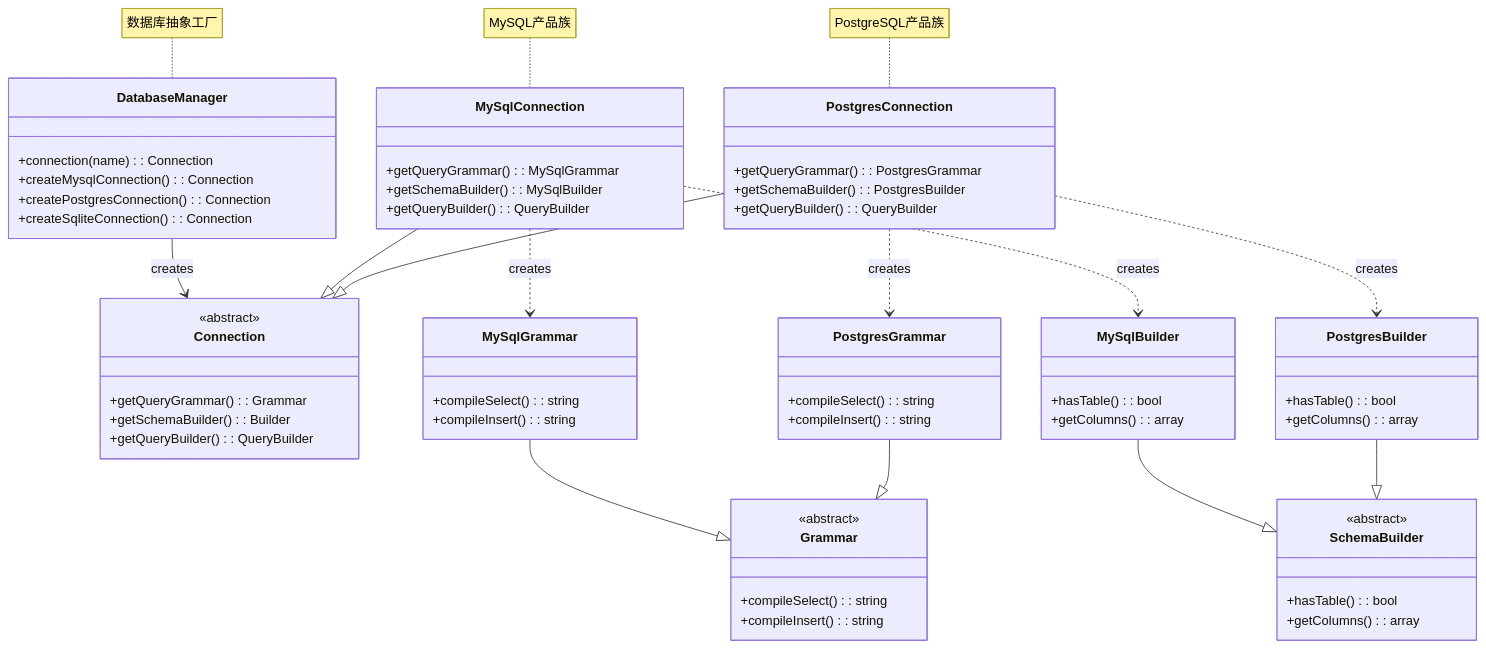
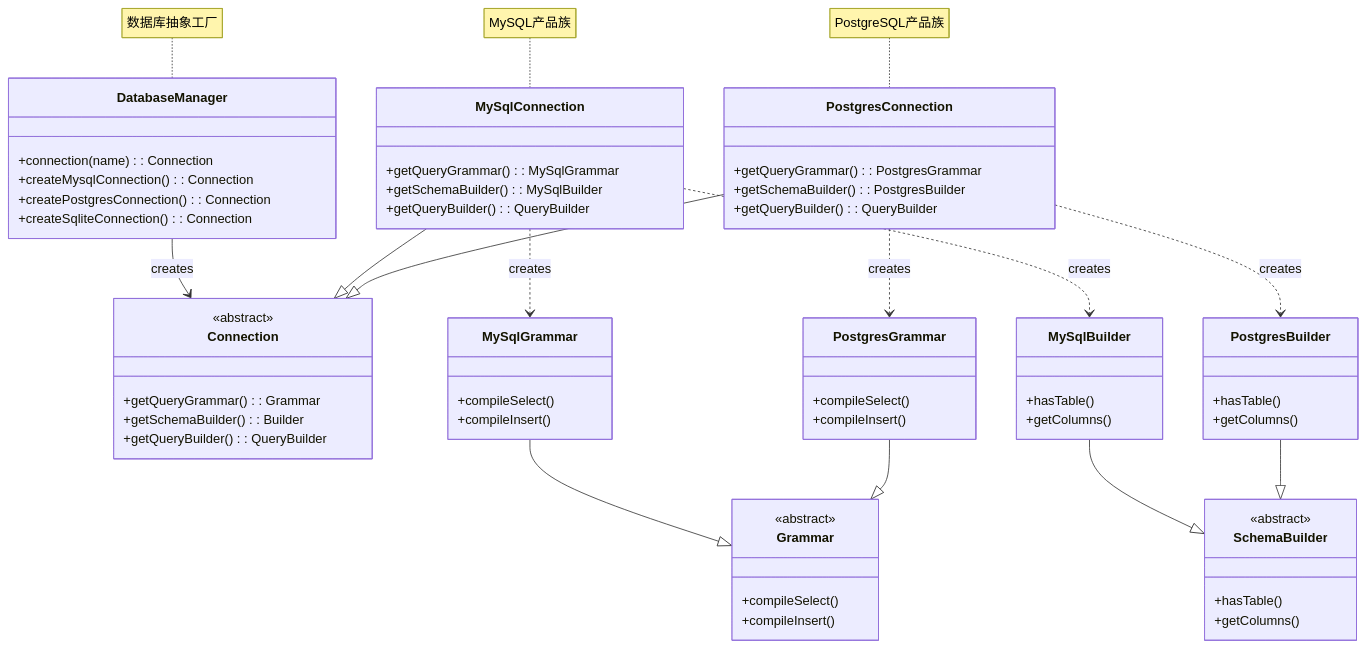
The second of 5 diagrams in resources/design-patterns/laravel/creational/abstract_factory_zh.md (fanly/DesignPattern), drawn with Mermaid before and after one commit. The commit also changed other lines of this file and 103 other files, not shown here.

````diff
--- a/resources/design-patterns/laravel/creational/abstract_factory_zh.md
+++ b/resources/design-patterns/laravel/creational/abstract_factory_zh.md
@@ -71,76 +71,76 @@
 ```mermaid
 classDiagram
     class DatabaseManager {
         +connection(name): Connection
         +createMysqlConnection(): Connection
         +createPostgresConnection(): Connection
         +createSqliteConnection(): Connection
     }
     
     class Connection {
         <<abstract>>
         +getQueryGrammar(): Grammar
         +getSchemaBuilder(): Builder
         +getQueryBuilder(): QueryBuilder
     }
     
     class MySqlConnection {
         +getQueryGrammar(): MySqlGrammar
         +getSchemaBuilder(): MySqlBuilder
         +getQueryBuilder(): QueryBuilder
     }
     
     class PostgresConnection {
         +getQueryGrammar(): PostgresGrammar
         +getSchemaBuilder(): PostgresBuilder
         +getQueryBuilder(): QueryBuilder
     }
     
     class Grammar {
         <<abstract>>
-        +compileSelect(): string
-        +compileInsert(): string
+        +compileSelect()
+        +compileInsert()
     }
     
     class MySqlGrammar {
-        +compileSelect(): string
-        +compileInsert(): string
+        +compileSelect()
+        +compileInsert()
     }
     
     class PostgresGrammar {
-        +compileSelect(): string
-        +compileInsert(): string
+        +compileSelect()
+        +compileInsert()
     }
     
     class SchemaBuilder {
         <<abstract>>
-        +hasTable(): bool
-        +getColumns(): array
+        +hasTable()
+        +getColumns()
     }
     
     class MySqlBuilder {
-        +hasTable(): bool
-        +getColumns(): array
+        +hasTable()
+        +getColumns()
     }
     
     class PostgresBuilder {
-        +hasTable(): bool
-        +getColumns(): array
+        +hasTable()
+        +getColumns()
     }
     
     DatabaseManager --> Connection : creates
     MySqlConnection --|> Connection
     PostgresConnection --|> Connection
     MySqlGrammar --|> Grammar
     PostgresGrammar --|> Grammar
     MySqlBuilder --|> SchemaBuilder
     PostgresBuilder --|> SchemaBuilder
     MySqlConnection ..> MySqlGrammar : creates
     MySqlConnection ..> MySqlBuilder : creates
     PostgresConnection ..> PostgresGrammar : creates
     PostgresConnection ..> PostgresBuilder : creates
     
     note for DatabaseManager "数据库抽象工厂"
     note for MySqlConnection "MySQL产品族"
     note for PostgresConnection "PostgreSQL产品族"
 ```
````
